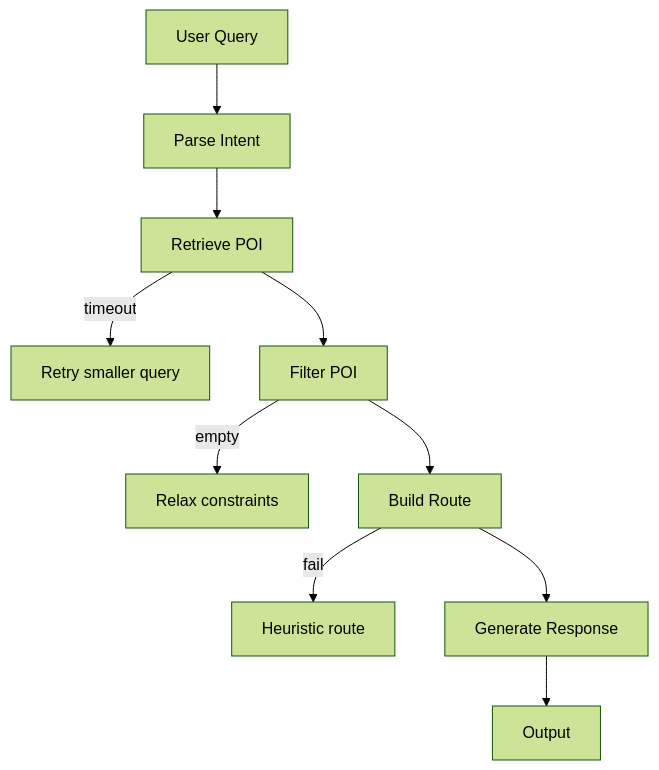
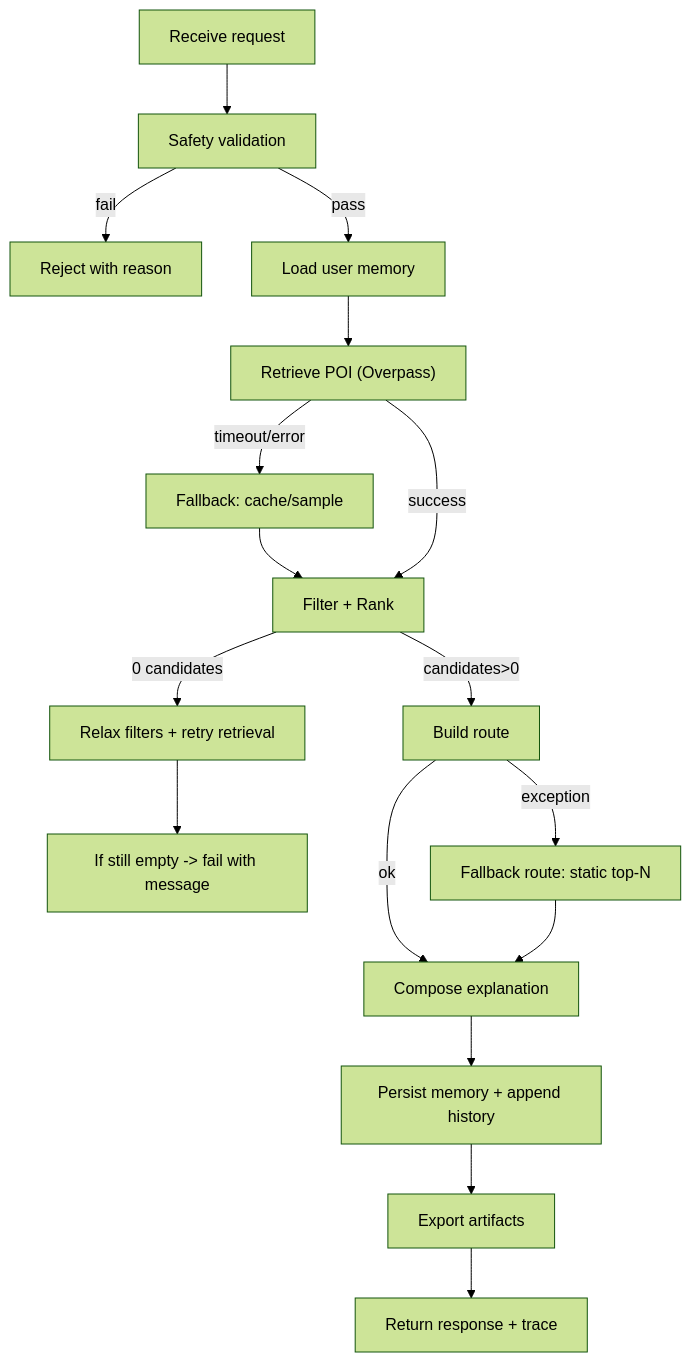
One commit to karaselerm/city-explorer-agent changed the diagram in docs/diagrams/workflow.md. Above: the diagram before and after it, drawn with Mermaid (forest theme). The commit also changed other lines of this file and 61 other files, not shown here.

````diff
--- a/docs/diagrams/workflow.md
+++ b/docs/diagrams/workflow.md
@@ -3,17 +3,23 @@
 ```mermaid
 flowchart TD
-    A[User Query] --> B[Parse Intent]
+    A["Receive request"] --> B["Safety validation"]
+    B -->|fail| B1["Reject with reason"]
+    B -->|pass| C["Load user memory"]
 
-    B --> C[Retrieve POI]
-    C -->|timeout| C2[Retry smaller query]
+    C --> D["Retrieve POI (Overpass)"]
+    D -->|timeout/error| D1["Fallback: cache/sample"]
+    D1 --> E["Filter + Rank"]
+    D -->|success| E
 
-    C --> D[Filter POI]
-    D -->|empty| D2[Relax constraints]
+    E -->|0 candidates| E1["Relax filters + retry retrieval"]
+    E1 --> E2["If still empty -> fail with message"]
+    E -->|candidates>0| F["Build route"]
 
-    D --> E[Build Route]
-    E -->|fail| E2[Heuristic route]
+    F -->|exception| F1["Fallback route: static top-N"]
+    F -->|ok| G["Compose explanation"]
+    F1 --> G
 
-    E --> F[Generate Response]
-    F --> G[Output]
-
+    G --> H["Persist memory + append history"]
+    H --> I["Export artifacts"]
+    I --> J["Return response + trace"]
 ```
````
